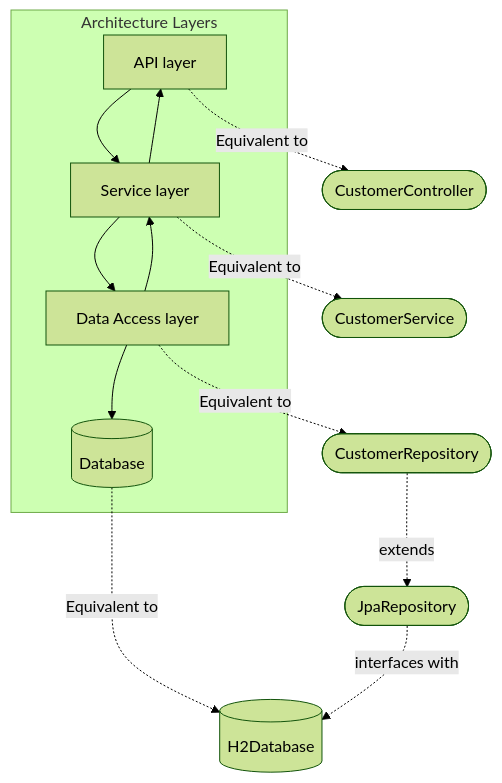
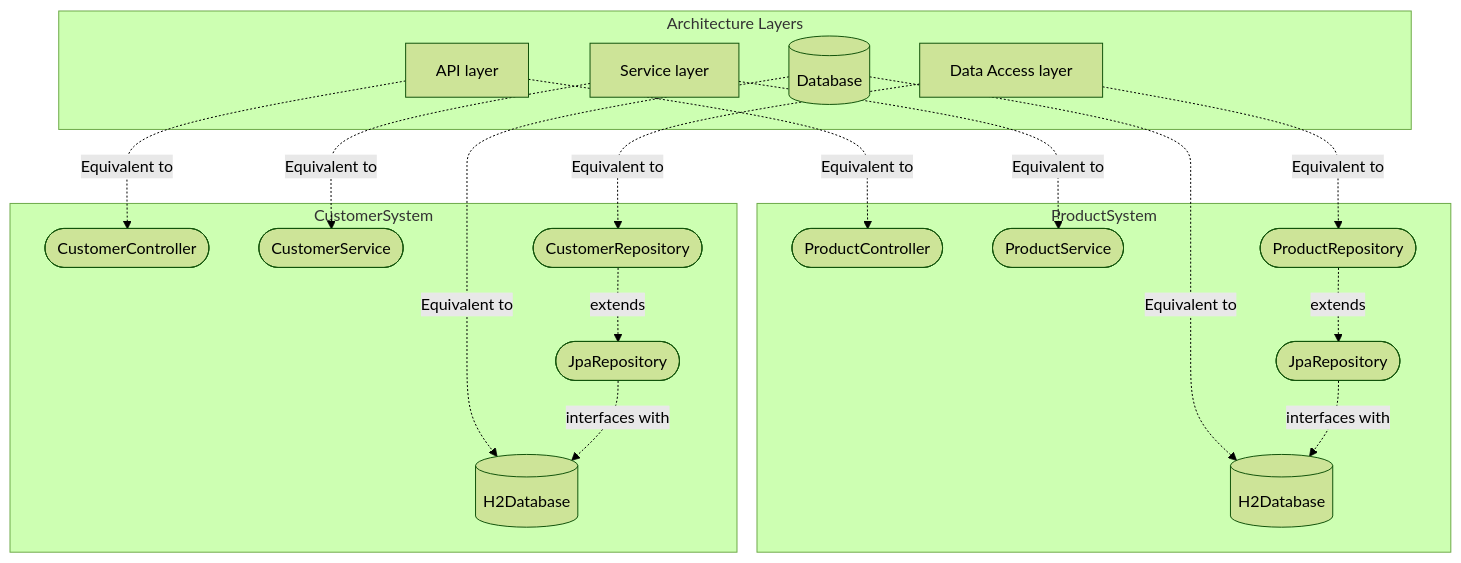
One commit to pauls0/uow-csci318-groupproject changed the second of 2 diagrams in README.md. Above: the diagram before and after it, drawn with Mermaid (forest theme). The commit also changed other lines of this file, not shown here.

Commit message:
Update README.md, product system documentation

````diff
--- a/README.md
+++ b/README.md
@@ -285,25 +627,35 @@
 ```mermaid
 graph TB
+  subgraph Architecture Layers
+    A[API layer]
+    B[Service layer]
+    C[Data Access layer]
+    D[(Database)]
+  end
+  subgraph ProductSystem
+    Class6([ProductController])
+    Class7([ProductService])
+    Class8([ProductRepository])
+    Class9([JpaRepository])
+    Class10[(H2Database)]
+  end
+  subgraph CustomerSystem
     Class1([CustomerController])
     Class2([CustomerService])
     Class3([CustomerRepository])
     Class4([JpaRepository])
     Class5[(H2Database)]
-    subgraph Architecture Layers
-        A[API layer]
-        B[Service layer]
-        C[Data Access layer]
-        D[(Database)]
-        end
-    A --> B
-    B --> A
-    B --> C
-    C --> B
-    C --> D
-    A -.->|Equivalent to| Class1
-    B -.->|Equivalent to| Class2
-    C -.->|Equivalent to| Class3
-    D -.->|Equivalent to| Class5
-    Class3 -.->|extends| Class4
-    Class4 -.->|interfaces with| Class5
+  end
+  A -.->|Equivalent to| Class1
+  B -.->|Equivalent to| Class2
+  C -.->|Equivalent to| Class3
+  D -.->|Equivalent to| Class5
+  Class3 -.->|extends| Class4
+  Class4 -.->|interfaces with| Class5
+  A -.->|Equivalent to| Class6
+  B -.->|Equivalent to| Class7
+  C -.->|Equivalent to| Class8
+  D -.->|Equivalent to| Class10
+  Class8 -.->|extends| Class9
+  Class9 -.->|interfaces with| Class10
 ```
````
